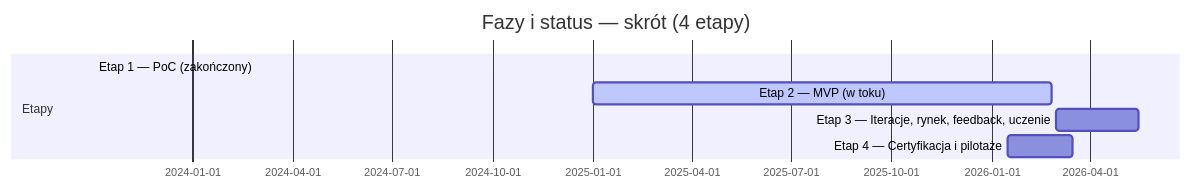
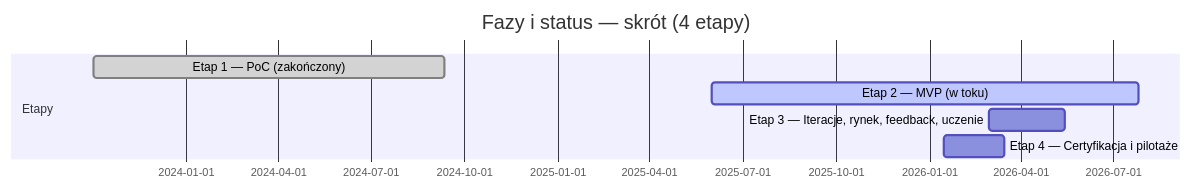
Before and after one commit to TanskiSzymon/food-printer: the first of 3 diagrams in README.md, drawn with Mermaid.

````diff
--- a/README.md
+++ b/README.md
@@ -24,10 +24,10 @@
 ```mermaid
 gantt
   title Fazy i status — skrót (4 etapy)
   dateFormat YYYY-MM-DD
   section Etapy
-  Etap 1 — PoC (zakończony)                    :done,    poc1, 2023-10-02, 2024-3-11
-  Etap 2 — MVP (w toku)                        :active,  mvp2, 2025-01-01, 420d
+  Etap 1 — PoC (zakończony)                    :done,    poc1, 2023-10-02, 2024-09-11
+  Etap 2 — MVP (w toku)                        :active,  mvp2, 2025-06-01, 420d
   Etap 3 — Iteracje, rynek, feedback, uczenie  :         it3,  2026-3-01, 75d
   Etap 4 — Certyfikacja i pilotaże             :         cer4, 2026-01-15, 60d
 ```
````
